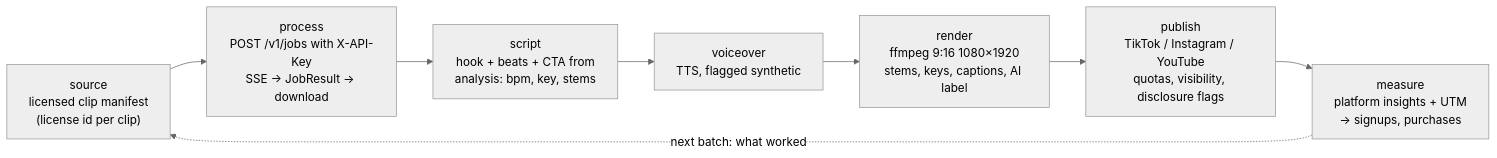
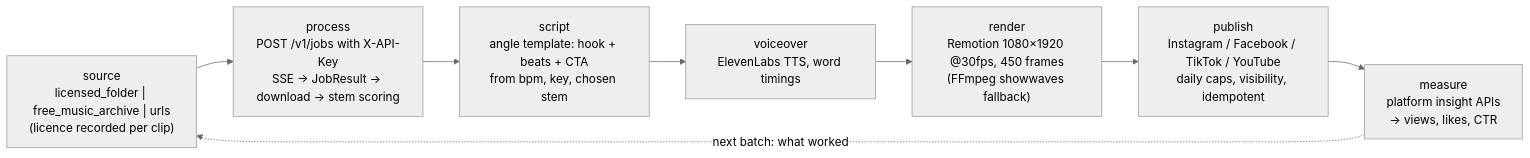
The first of 2 diagrams in snapplay-ai/docs/GROWTH.md (GregoryDich/GregoryDich), drawn with Mermaid (neutral theme) before and after one commit. The commit also changed other lines of this file and 30 other files, not shown here.

````diff
--- a/snapplay-ai/docs/GROWTH.md
+++ b/snapplay-ai/docs/GROWTH.md
@@ -14,10 +14,10 @@
 ```mermaid
 flowchart LR
-    S["source\nlicensed clip manifest\n(license id per clip)"] --> P["process\nPOST /v1/jobs with X-API-Key\nSSE → JobResult → download"]
-    P --> W["script\nhook + beats + CTA from\nanalysis: bpm, key, stems"]
-    W --> V["voiceover\nTTS, flagged synthetic"]
-    V --> R["render\nffmpeg 9:16 1080×1920\nstems, keys, captions, AI label"]
-    R --> PUB["publish\nTikTok / Instagram / YouTube\nquotas, visibility, disclosure flags"]
-    PUB --> M["measure\nplatform insights + UTM\n→ signups, purchases"]
+    S["source\nlicensed_folder | free_music_archive | urls\n(licence recorded per clip)"] --> P["process\nPOST /v1/jobs with X-API-Key\nSSE → JobResult → download → stem scoring"]
+    P --> W["script\nangle template: hook + beats + CTA\nfrom bpm, key, chosen stem"]
+    W --> V["voiceover\nElevenLabs TTS, word timings"]
+    V --> R["render\nRemotion 1080×1920 @30fps, 450 frames\n(FFmpeg showwaves fallback)"]
+    R --> PUB["publish\nInstagram / Facebook / TikTok / YouTube\ndaily caps, visibility, idempotent"]
+    PUB --> M["measure\nplatform insight APIs\n→ views, likes, CTR"]
     M -. "next batch: what worked" .-> S
 ```
````
